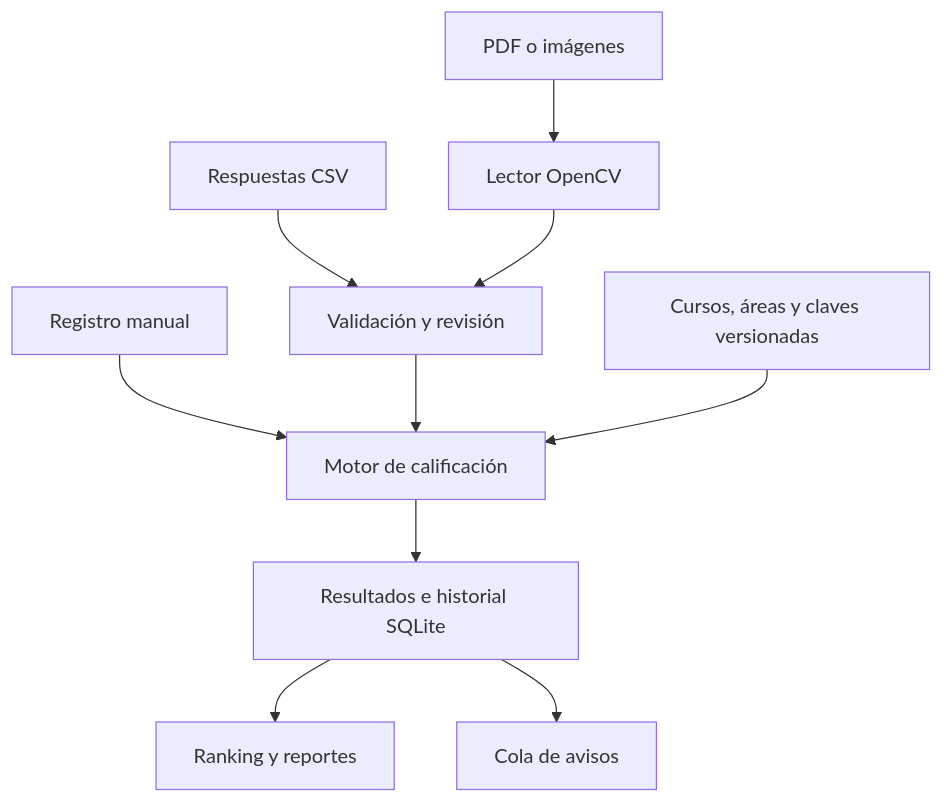
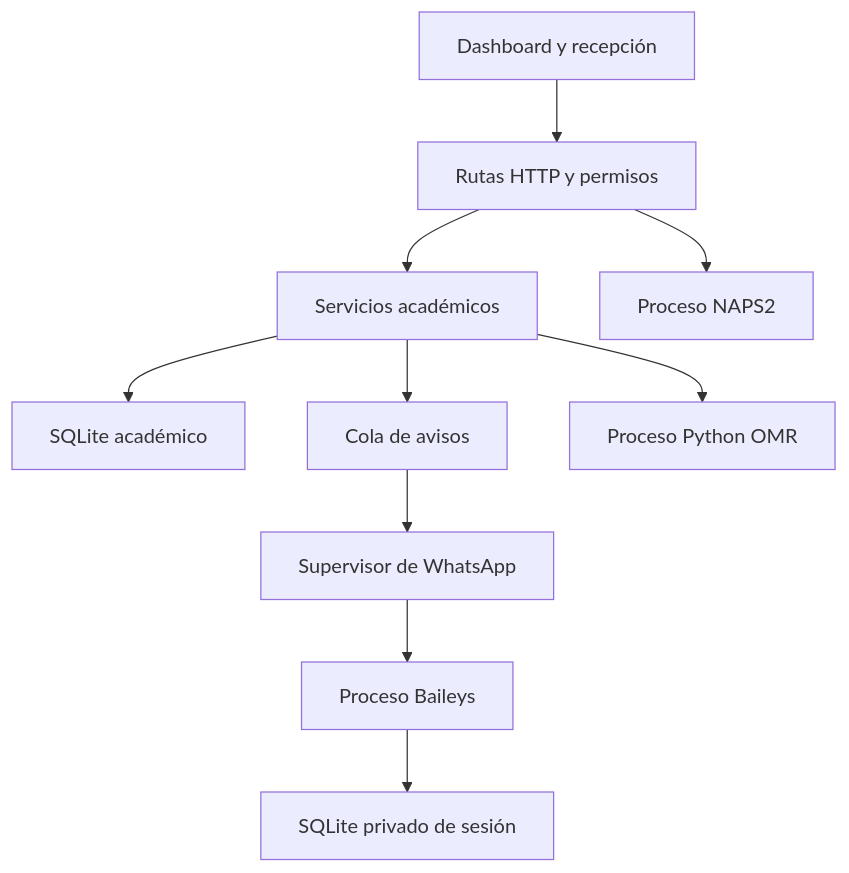
The diagram in docs/ARQUITECTURA.md (LeonardoAliaga/asistencias-ingemat), drawn with Mermaid before and after one commit. The commit also changed other lines of this file and 44 other files, not shown here.

````diff
--- a/docs/ARQUITECTURA.md
+++ b/docs/ARQUITECTURA.md
@@ -5,12 +7,12 @@
 ```mermaid
 flowchart TD
-    Manual["Registro manual"] --> Motor["Motor de calificación"]
-    CSV["Respuestas CSV"] --> Revision["Validación y revisión"]
-    PDF["PDF o imágenes"] --> Lector["Lector OpenCV"]
-    Lector --> Revision
-    Revision --> Motor
-    Reglas["Cursos, áreas y claves versionadas"] --> Motor
-    Motor --> Datos["Resultados e historial SQLite"]
-    Datos --> Reportes["Ranking y reportes"]
-    Datos --> Cola["Cola de avisos"]
+  UI["Dashboard y recepción"] --> HTTP["Rutas HTTP y permisos"]
+  HTTP --> A["Servicios académicos"]
+  A --> DB["SQLite académico"]
+  A --> Q["Cola de avisos"]
+  Q --> S["Supervisor de WhatsApp"]
+  S --> W["Proceso Baileys"]
+  W --> AUTH["SQLite privado de sesión"]
+  A --> OMR["Proceso Python OMR"]
+  HTTP --> SCAN["Proceso NAPS2"]
 ```
````
